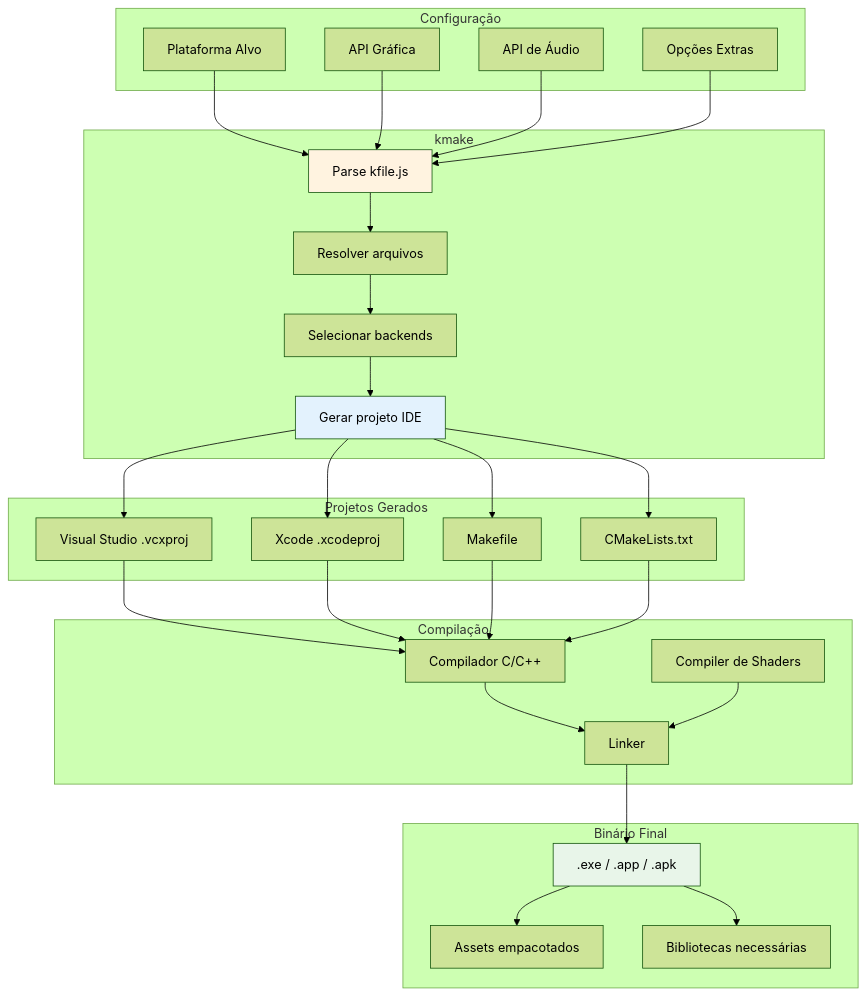
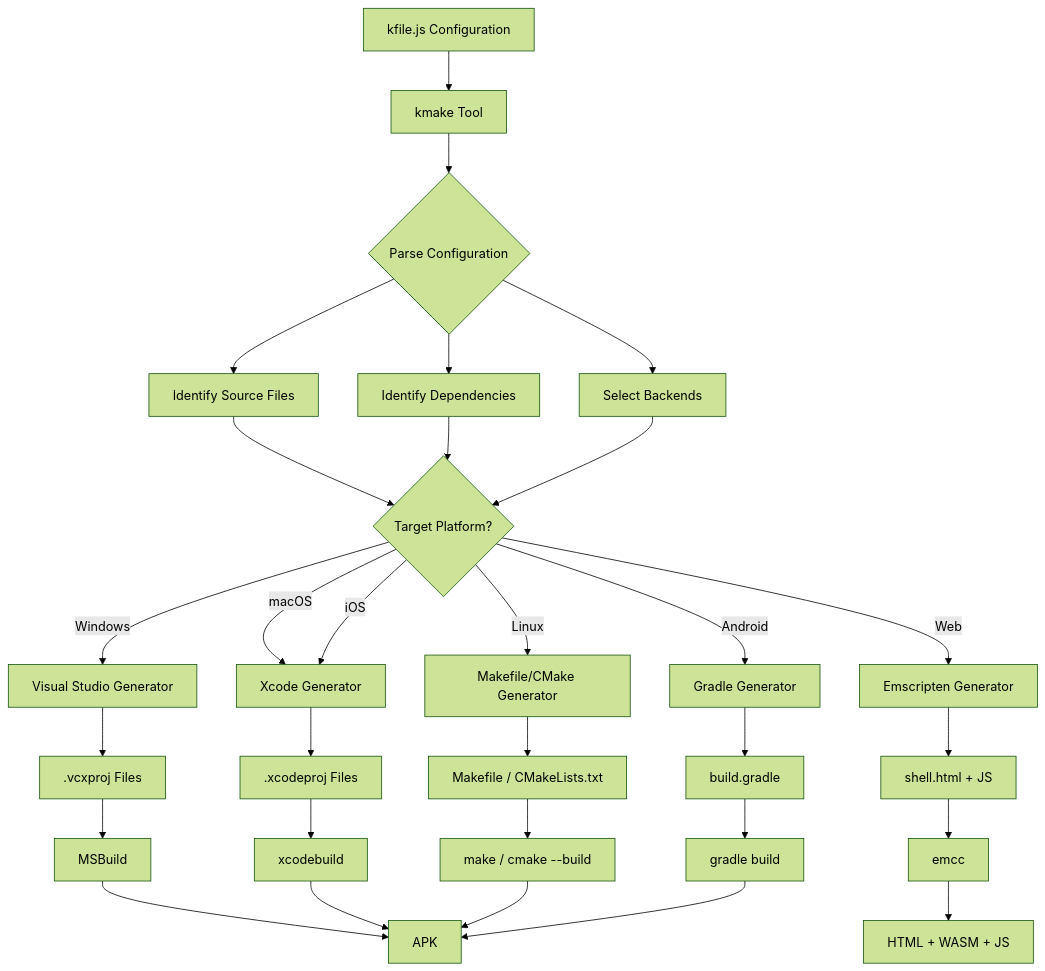
Before and after one commit to PHandradee/Kore: the eighth of 12 diagrams in DIAGRAMS.md, drawn with Mermaid (forest theme). The commit also changed other lines of this file and 4 other files, not shown here.

````diff
--- a/DIAGRAMS.md
+++ b/DIAGRAMS.md
@@ -460,65 +539,38 @@
 ```mermaid
-graph TB
-    subgraph "Configuração"
-        Platform[Plataforma Alvo]
-        Graphics[API Gráfica]
-        Audio[API de Áudio]
-        Options[Opções Extras]
-    end
+flowchart TD
+    A[kfile.js Configuration] --> B[kmake Tool]
     
-    subgraph "kmake"
-        ParseKFile[Parse kfile.js]
-        ResolveFiles[Resolver arquivos]
-        SelectBackends[Selecionar backends]
-        GenerateProject[Gerar projeto IDE]
-    end
+    B --> C{Parse Configuration}
+    C --> D[Identify Source Files]
+    C --> E[Identify Dependencies]
+    C --> F[Select Backends]
     
-    subgraph "Projetos Gerados"
-        VS[Visual Studio .vcxproj]
-        Xcode[Xcode .xcodeproj]
-        Make[Makefile]
-        CMake[CMakeLists.txt]
-    end
+    D --> G{Target Platform?}
+    E --> G
+    F --> G
     
-    subgraph "Compilação"
-        Compiler[Compilador C/C++]
-        Linker[Linker]
-        ShaderComp[Compiler de Shaders]
-    end
+    G -->|Windows| H[Visual Studio Generator]
+    G -->|macOS| I[Xcode Generator]
+    G -->|Linux| J[Makefile/CMake Generator]
+    G -->|Android| K[Gradle Generator]
+    G -->|iOS| I
+    G -->|Web| L[Emscripten Generator]
     
-    subgraph "Binário Final"
-        Executable[.exe / .app / .apk]
-        Assets[Assets empacotados]
-        Libs[Bibliotecas necessárias]
-    end
+    H --> M[.vcxproj Files]
+    I --> N[.xcodeproj Files]
+    J --> O[Makefile / CMakeLists.txt]
+    K --> P[build.gradle]
+    L --> Q[shell.html + JS]
     
-    Platform --> ParseKFile
-    Graphics --> ParseKFile
-    Audio --> ParseKFile
-    Options --> ParseKFile
+    M --> R[MSBuild]
+    N --> S[xcodebuild]
+    O --> T[make / cmake --build]
+    P --> U[gradle build]
+    Q --> V[emcc]
     
-    ParseKFile --> ResolveFiles
-    ResolveFiles --> SelectBackends
-    SelectBackends --> GenerateProject
-    
-    GenerateProject --> VS
-    GenerateProject --> Xcode
-    GenerateProject --> Make
-    GenerateProject --> CMake
-    
-    VS --> Compiler
-    Xcode --> Compiler
-    Make --> Compiler
-    CMake --> Compiler
-    
-    Compiler --> Linker
-    ShaderComp --> Linker
-    
-    Linker --> Executable
-    Executable --> Assets
-    Executable --> Libs
-    
-    style ParseKFile fill:#fff3e0
-    style GenerateProject fill:#e3f2fd
-    style Executable fill:#e8f5e9
+    R --> W[Executable/Binary]
+    S --> W
+    T --> W
+    U --> W[APK]
+    V --> X[HTML + WASM + JS]
 ```
````
